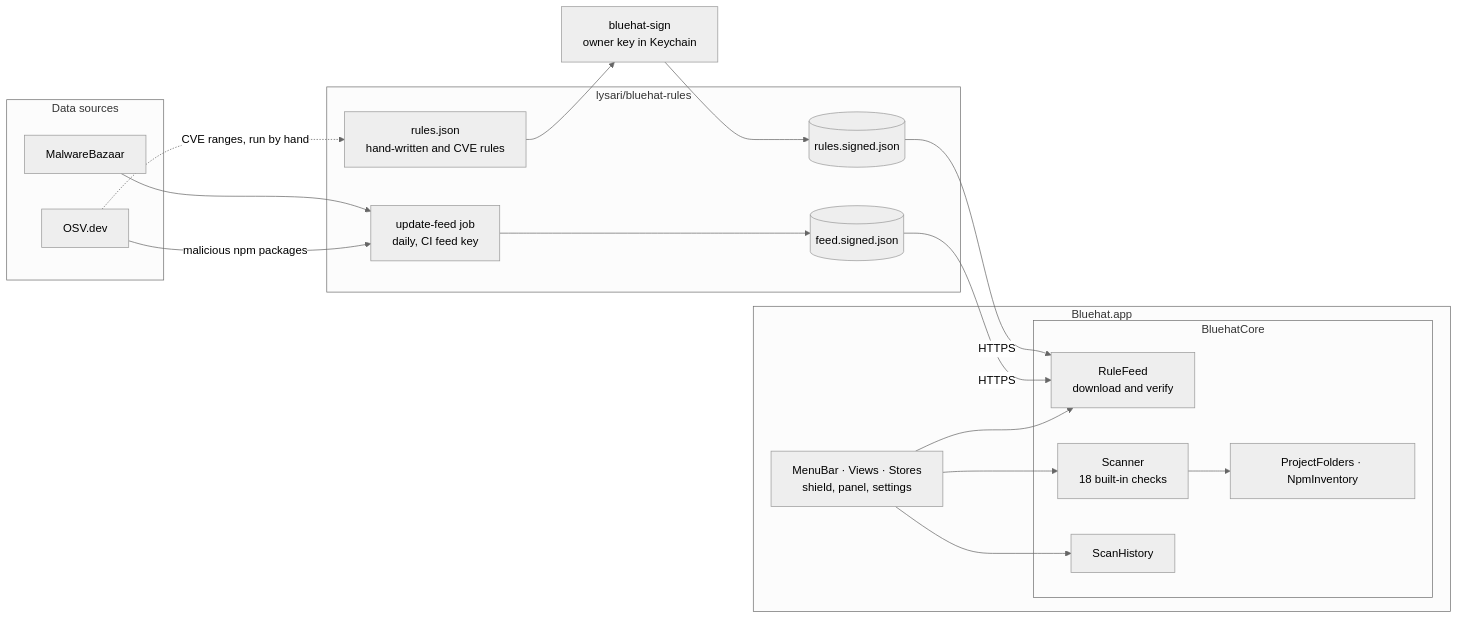
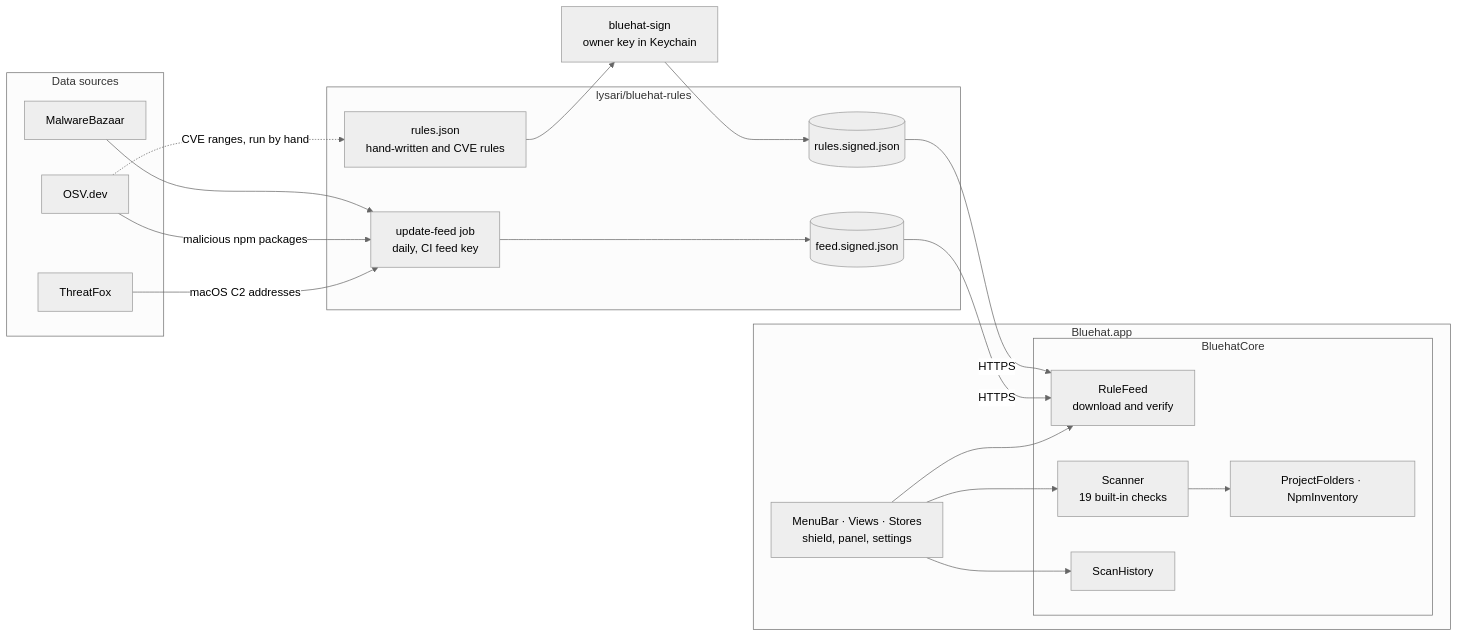
Before and after one commit to lysari/bluehat: the diagram in README.md, drawn with Mermaid (neutral theme). The commit also changed other lines of this file and 24 other files, not shown here.

First line of the commit message:
feat(scanner): add outbound check for connections to C2 addresses

````diff
--- a/README.md
+++ b/README.md
@@ -202,34 +206,36 @@
 ```mermaid
 flowchart LR
     subgraph Sources["Data sources"]
         MB["MalwareBazaar"]
         OSV["OSV.dev"]
+        TF["ThreatFox"]
     end
     subgraph RulesRepo["lysari/bluehat-rules"]
         RJ["rules.json<br/>hand-written and CVE rules"]
         CI["update-feed job<br/>daily, CI feed key"]
         RS[("rules.signed.json")]
         FS[("feed.signed.json")]
     end
     Sign["bluehat-sign<br/>owner key in Keychain"]
     subgraph App["Bluehat.app"]
         UI["MenuBar · Views · Stores<br/>shield, panel, settings"]
         subgraph Core["BluehatCore"]
             Feed["RuleFeed<br/>download and verify"]
-            Scan["Scanner<br/>18 built-in checks"]
+            Scan["Scanner<br/>19 built-in checks"]
             Inv["ProjectFolders · NpmInventory"]
             Hist["ScanHistory"]
         end
     end
     MB --> CI
     OSV -->|malicious npm packages| CI
+    TF -->|macOS C2 addresses| CI
     OSV -.->|CVE ranges, run by hand| RJ
     CI --> FS
     RJ --> Sign --> RS
     RS -->|HTTPS| Feed
     FS -->|HTTPS| Feed
     UI --> Feed
     UI --> Scan
     UI --> Hist
     Scan --> Inv
 ```
````
